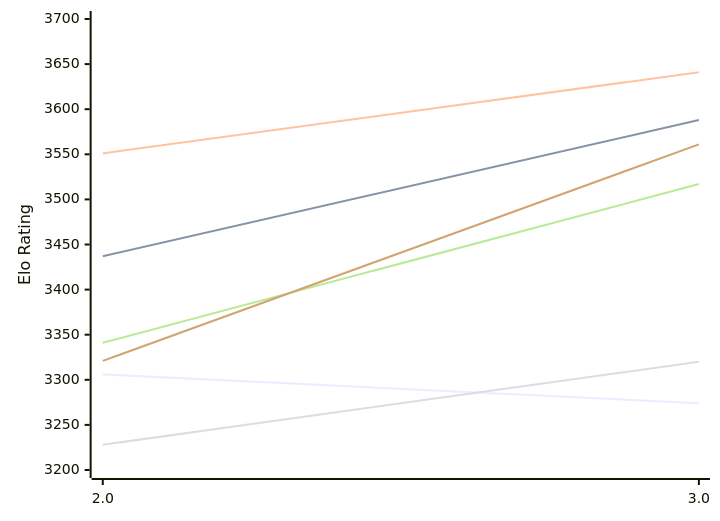
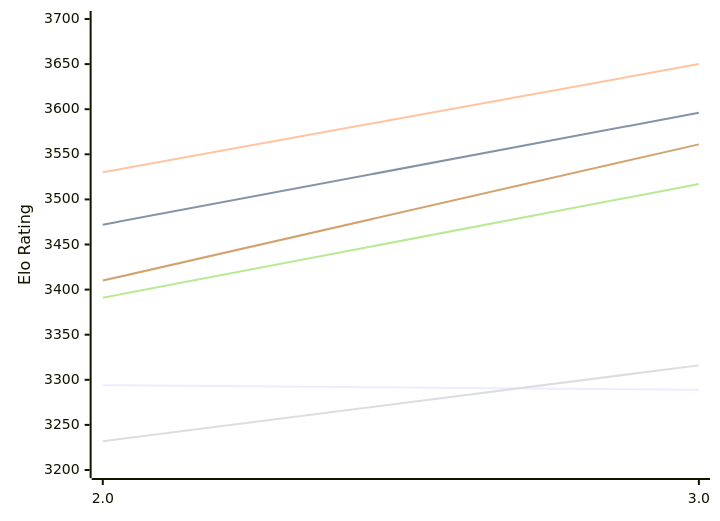
Before and after one commit to computer-chess-index/cci: the first of 2 diagrams in engines/Quanticade.md, drawn with Mermaid. The commit also changed other lines of this file, not shown here.

Commit message:
Update CCI Ratings (ELO VLTC) - 2026-11-16

````diff
--- a/engines/Quanticade.md
+++ b/engines/Quanticade.md
@@ -50,12 +50,12 @@
 ```mermaid
 %%{init: {"theme":"base","themeVariables":{"seriesColors:['#a3a3a3','#222221','#faa371']}}}%%
 xychart-beta
   x-axis ["2.0", "3.0"]
   y-axis "Elo Rating" 3200 --> 3700
-  line "E1: STC (8.0+0.08s)" [3306, 3274]
-  line "E1: LTC (60.0+0.60s)" [3437, 3588]
-  line "E1: VLTC (2m24s+1.12s)" [3551, 3641]
-  line "P1: STC (8.0+0.08s)" [3228, 3320]
-  line "P1: LTC (60.0+0.60s)" [3341, 3517]
-  line "P1: VLTC (2m24s+1.12s)" [3321, 3561]
+  line "E1: STC (8.0+0.08s)" [3294, 3289]
+  line "E1: LTC (60.0+0.60s)" [3472, 3596]
+  line "E1: VLTC (2m24s+1.12s)" [3530, 3650]
+  line "P1: STC (8.0+0.08s)" [3232, 3316]
+  line "P1: LTC (60.0+0.60s)" [3391, 3517]
+  line "P1: VLTC (2m24s+1.12s)" [3410, 3561]
 ```
````
